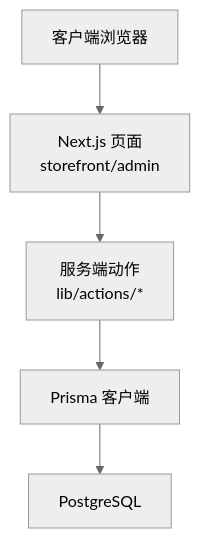
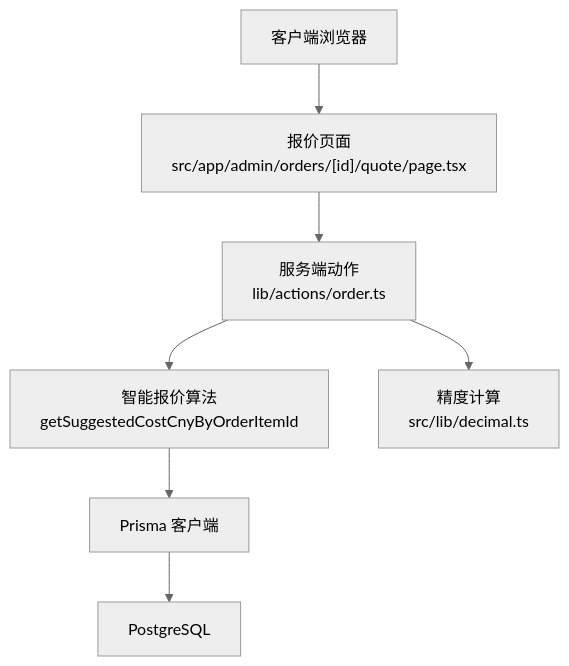
Before and after one commit to three3638-arch/celestia_2b: the second of 9 diagrams in .qoder/repowiki/zh/content/管理后台系统/订单管理系统.md, drawn with Mermaid (neutral theme). The commit also changed other lines of this file and 8 other files, not shown here.

````diff
--- a/.qoder/repowiki/zh/content/管理后台系统/订单管理系统.md
+++ b/.qoder/repowiki/zh/content/管理后台系统/订单管理系统.md
@@ -85,12 +100,16 @@
 ```mermaid
 graph TB
 Client["客户端浏览器"]
-Page["Next.js 页面<br/>storefront/admin"]
-Action["服务端动作<br/>lib/actions/*"]
+QuotePage["报价页面<br/>src/app/admin/orders/[id]/quote/page.tsx"]
+Action["服务端动作<br/>lib/actions/order.ts"]
+Algo["智能报价算法<br/>getSuggestedCostCnyByOrderItemId"]
 Prisma["Prisma 客户端"]
 PG["PostgreSQL"]
-Client --> Page
-Page --> Action
-Action --> Prisma
+DECIMAL["精度计算<br/>src/lib/decimal.ts"]
+Client --> QuotePage
+QuotePage --> Action
+Action --> Algo
+Algo --> Prisma
 Prisma --> PG
+Action --> DECIMAL
 ```
````
